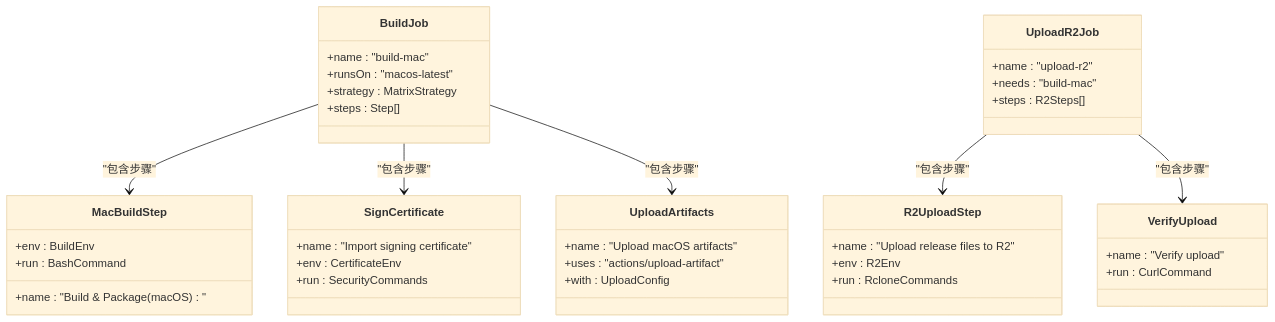
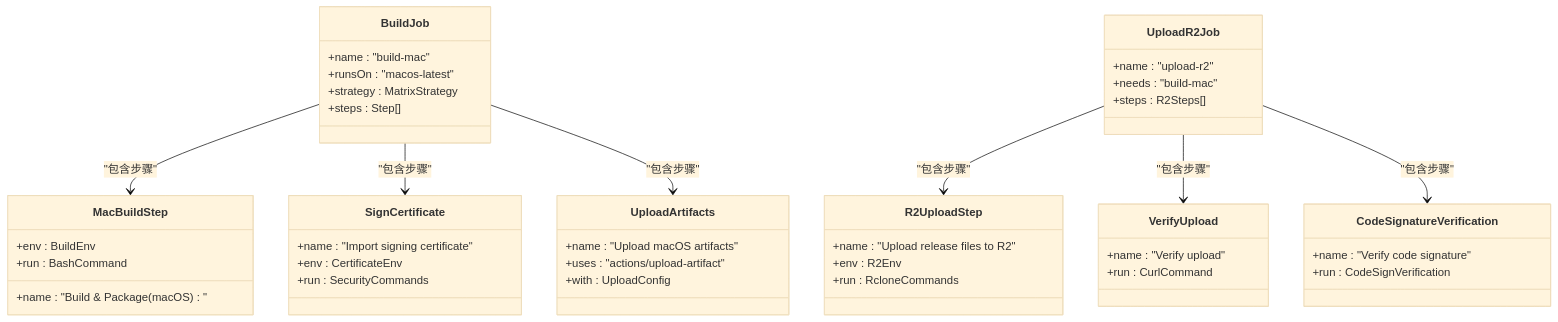
Diagram 20 of 49 in .qoder/repowiki/zh/content/核心概念/Electron应用增强.md (verse-ai-org/openclaw), drawn with Mermaid (base theme) before and after one commit. The commit also changed other lines of this file and 40 other files, not shown here.

````diff
--- a/.qoder/repowiki/zh/content/核心概念/Electron应用增强.md
+++ b/.qoder/repowiki/zh/content/核心概念/Electron应用增强.md
@@ -760,43 +1057,48 @@
 ```mermaid
 classDiagram
 class BuildJob {
 +name : "build-mac"
 +runsOn : "macos-latest"
 +strategy : MatrixStrategy
 +steps : Step[]
 }
 class MacBuildStep {
 +name : "Build & Package (macOS)"
 +env : BuildEnv
 +run : BashCommand
 }
 class SignCertificate {
 +name : "Import signing certificate"
 +env : CertificateEnv
 +run : SecurityCommands
 }
 class UploadArtifacts {
 +name : "Upload macOS artifacts"
 +uses : "actions/upload-artifact"
 +with : UploadConfig
 }
 class UploadR2Job {
 +name : "upload-r2"
 +needs : "build-mac"
 +steps : R2Steps[]
 }
 class R2UploadStep {
 +name : "Upload release files to R2"
 +env : R2Env
 +run : RcloneCommands
 }
 class VerifyUpload {
 +name : "Verify upload"
 +run : CurlCommand
 }
+class CodeSignatureVerification {
++name : "Verify code signature"
++run : CodeSignVerification
+}
 BuildJob --> MacBuildStep : "包含步骤"
 BuildJob --> SignCertificate : "包含步骤"
 BuildJob --> UploadArtifacts : "包含步骤"
 UploadR2Job --> R2UploadStep : "包含步骤"
 UploadR2Job --> VerifyUpload : "包含步骤"
+UploadR2Job --> CodeSignatureVerification : "包含步骤"
 ```
````
